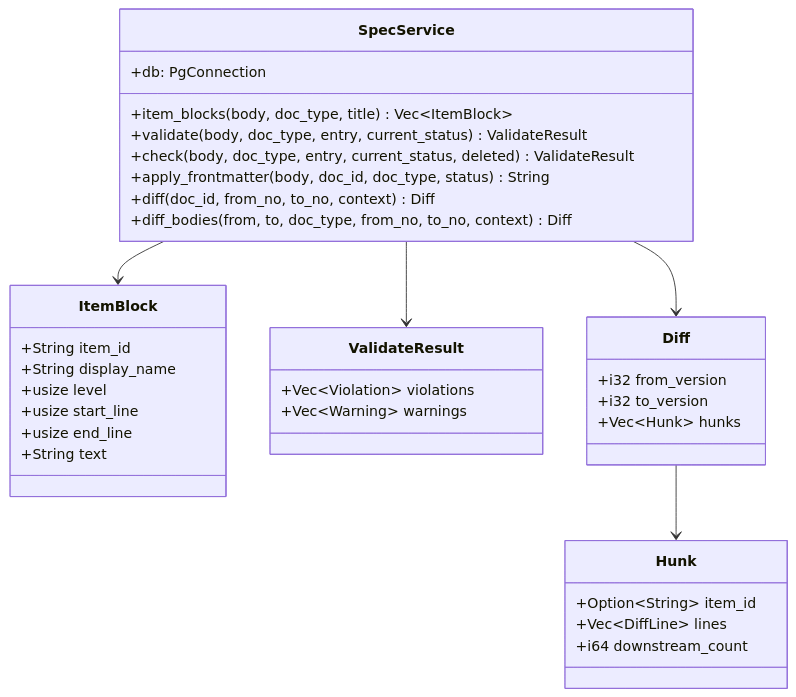
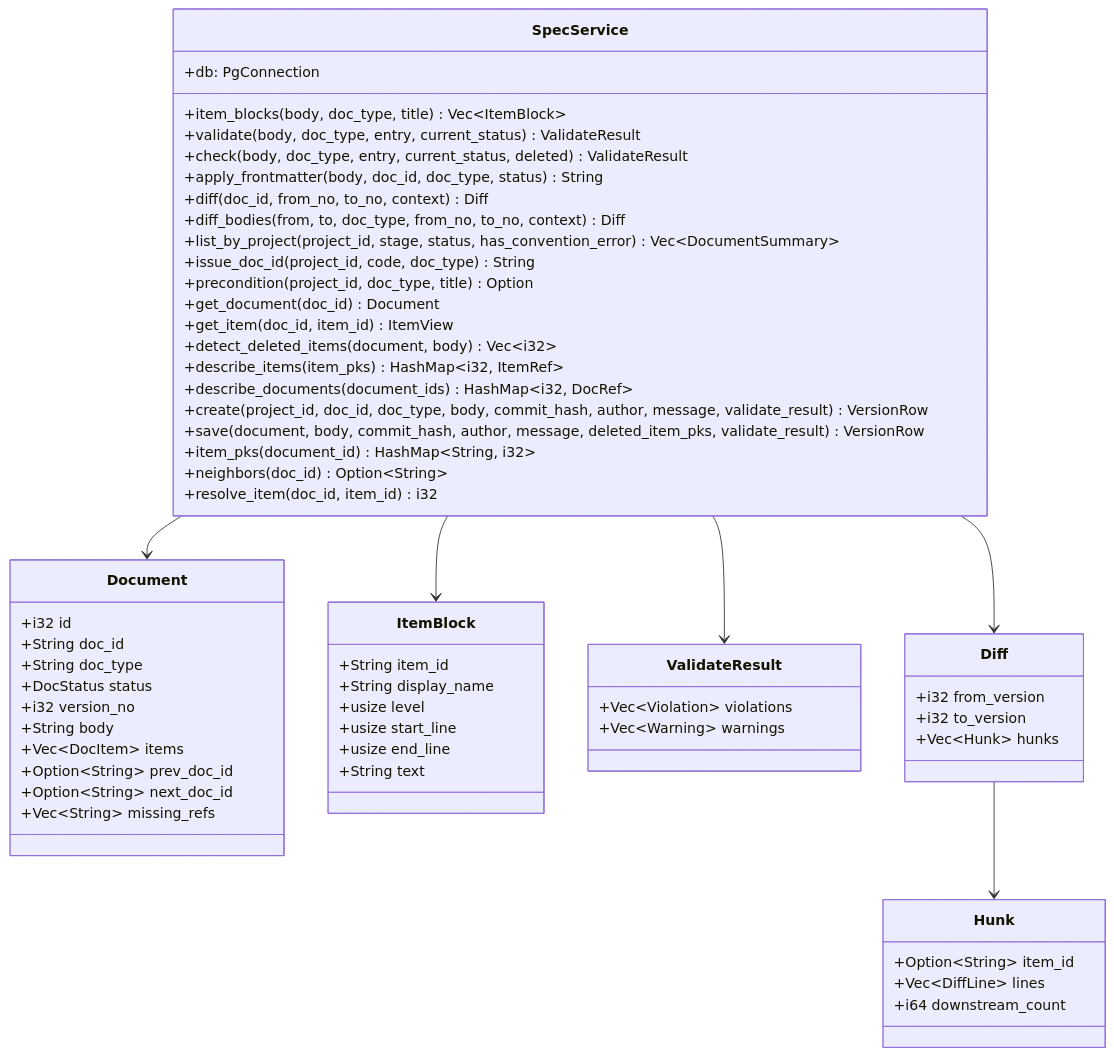
Before and after one commit to HoyoungParkme/syncdoc: the second of 6 diagrams in docs/specs/06-DOM/SYNC-DOM-004.md, drawn with Mermaid. The commit also changed other lines of this file and 35 other files, not shown here.

````diff
--- a/docs/specs/06-DOM/SYNC-DOM-004.md
+++ b/docs/specs/06-DOM/SYNC-DOM-004.md
@@ -357,38 +357,64 @@
 ```mermaid
 classDiagram
     class SpecService {
         +db: PgConnection
         +item_blocks(body, doc_type, title) Vec~ItemBlock~
         +validate(body, doc_type, entry, current_status) ValidateResult
         +check(body, doc_type, entry, current_status, deleted) ValidateResult
         +apply_frontmatter(body, doc_id, doc_type, status) String
         +diff(doc_id, from_no, to_no, context) Diff
         +diff_bodies(from, to, doc_type, from_no, to_no, context) Diff
+        +list_by_project(project_id, stage, status, has_convention_error) Vec~DocumentSummary~
+        +issue_doc_id(project_id, code, doc_type) String
+        +precondition(project_id, doc_type, title) Option
+        +get_document(doc_id) Document
+        +get_item(doc_id, item_id) ItemView
+        +detect_deleted_items(document, body) Vec~i32~
+        +describe_items(item_pks) HashMap~i32, ItemRef~
+        +describe_documents(document_ids) HashMap~i32, DocRef~
+        +create(project_id, doc_id, doc_type, body, commit_hash, author, message, validate_result) VersionRow
+        +save(document, body, commit_hash, author, message, deleted_item_pks, validate_result) VersionRow
+        +item_pks(document_id) HashMap~String, i32~
+        +neighbors(doc_id) Option~String~
+        +resolve_item(doc_id, item_id) i32
+    }
+    class Document {
+        +i32 id
+        +String doc_id
+        +String doc_type
+        +DocStatus status
+        +i32 version_no
+        +String body
+        +Vec~DocItem~ items
+        +Option~String~ prev_doc_id
+        +Option~String~ next_doc_id
+        +Vec~String~ missing_refs
     }
     class ItemBlock {
         +String item_id
         +String display_name
         +usize level
         +usize start_line
         +usize end_line
         +String text
     }
     class ValidateResult {
         +Vec~Violation~ violations
         +Vec~Warning~ warnings
     }
     class Diff {
         +i32 from_version
         +i32 to_version
         +Vec~Hunk~ hunks
     }
     class Hunk {
         +Option~String~ item_id
         +Vec~DiffLine~ lines
         +i64 downstream_count
     }
     SpecService --> ItemBlock
     SpecService --> ValidateResult
     SpecService --> Diff
+    SpecService --> Document
     Diff --> Hunk
 ```
````
